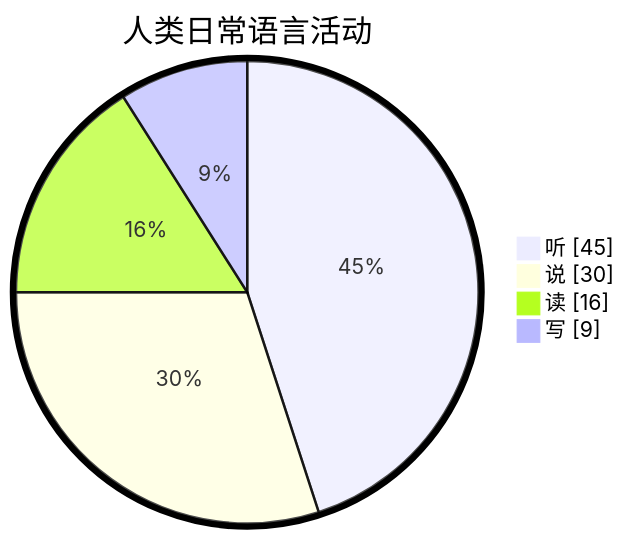
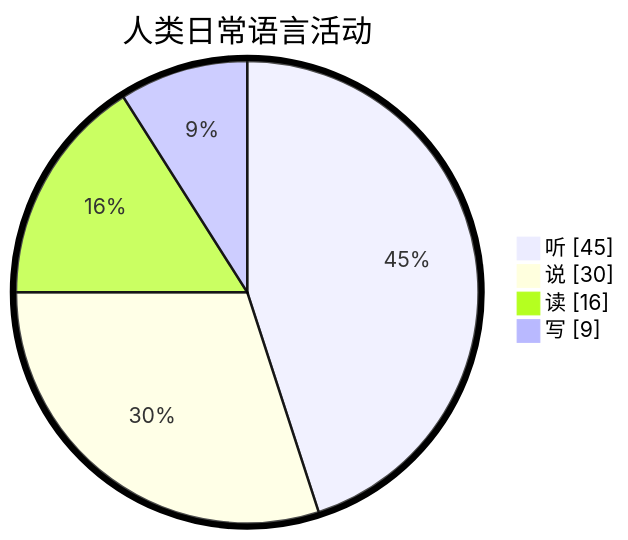
The diagram in docs/English/英语学习-原力-艾力.md (namelessmyth/beFreeCoder), drawn with Mermaid before and after one commit. The commit also changed other lines of this file and 4 other files, not shown here.

````diff
--- a/docs/English/英语学习-原力-艾力.md
+++ b/docs/English/英语学习-原力-艾力.md
@@ -294,9 +307,9 @@
 ```mermaid
-%%{init: {"pie": {"textPosition": 0.5}, "themeVariables": {"pieOuterStrokeWidth": "5px"}} }%%
+%%{init: {"pie": {"textPosition": 0.7}, "themeVariables": {"pieOuterStrokeWidth": "5px"}} }%%
 pie showData
     title 人类日常语言活动
     "听" : 45.0
     "说" : 30.0
     "读" : 16.0
     "写" :  9.0
 ```
````
